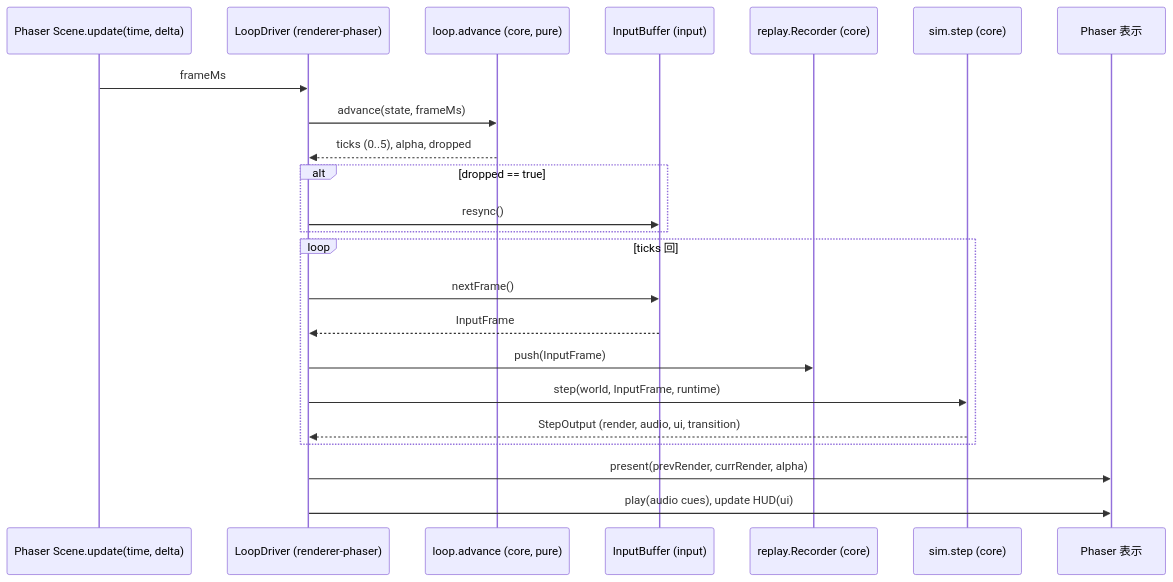
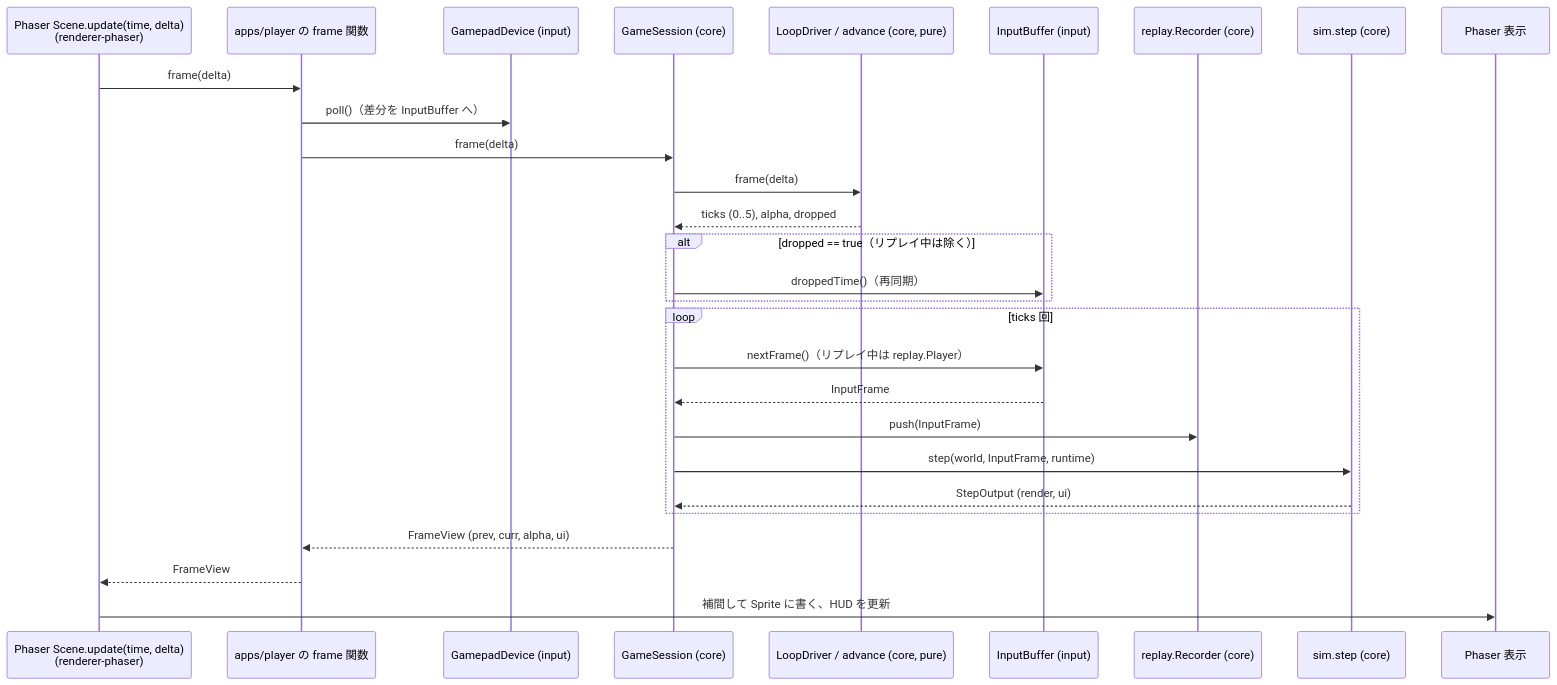
The third of 3 diagrams in docs/architecture.md (kojiisd/retro-action-engine), drawn with Mermaid before and after one commit. The commit also changed other lines of this file and 86 other files, not shown here.

First line of the commit message:
feat: M1-5 Phaser rendering, sample pack, keyboard and gamepad, Playwright smoke (#12)

````diff
--- a/docs/architecture.md
+++ b/docs/architecture.md
@@ -92,26 +92,31 @@
 ```mermaid
 sequenceDiagram
-  participant RAF as Phaser Scene.update(time, delta)
-  participant Drv as LoopDriver (renderer-phaser)
-  participant Acc as loop.advance (core, pure)
+  participant RAF as Phaser Scene.update(time, delta)<br/>(renderer-phaser)
+  participant App as apps/player の frame 関数
+  participant Pad as GamepadDevice (input)
+  participant Ses as GameSession (core)
+  participant Drv as LoopDriver / advance (core, pure)
   participant Buf as InputBuffer (input)
   participant Rec as replay.Recorder (core)
   participant Sim as sim.step (core)
   participant Rnd as Phaser 表示
 
-  RAF->>Drv: frameMs
-  Drv->>Acc: advance(state, frameMs)
-  Acc-->>Drv: ticks (0..5), alpha, dropped
-  alt dropped == true
-    Drv->>Buf: resync()
+  RAF->>App: frame(delta)
+  App->>Pad: poll()（差分を InputBuffer へ）
+  App->>Ses: frame(delta)
+  Ses->>Drv: frame(delta)
+  Drv-->>Ses: ticks (0..5), alpha, dropped
+  alt dropped == true（リプレイ中は除く）
+    Ses->>Buf: droppedTime()（再同期）
   end
   loop ticks 回
-    Drv->>Buf: nextFrame()
-    Buf-->>Drv: InputFrame
-    Drv->>Rec: push(InputFrame)
-    Drv->>Sim: step(world, InputFrame, runtime)
-    Sim-->>Drv: StepOutput (render, audio, ui, transition)
+    Ses->>Buf: nextFrame()（リプレイ中は replay.Player）
+    Buf-->>Ses: InputFrame
+    Ses->>Rec: push(InputFrame)
+    Ses->>Sim: step(world, InputFrame, runtime)
+    Sim-->>Ses: StepOutput (render, ui)
   end
-  Drv->>Rnd: present(prevRender, currRender, alpha)
-  Drv->>Rnd: play(audio cues), update HUD(ui)
+  Ses-->>App: FrameView (prev, curr, alpha, ui)
+  App-->>RAF: FrameView
+  RAF->>Rnd: 補間して Sprite に書く、HUD を更新
 ```
````
